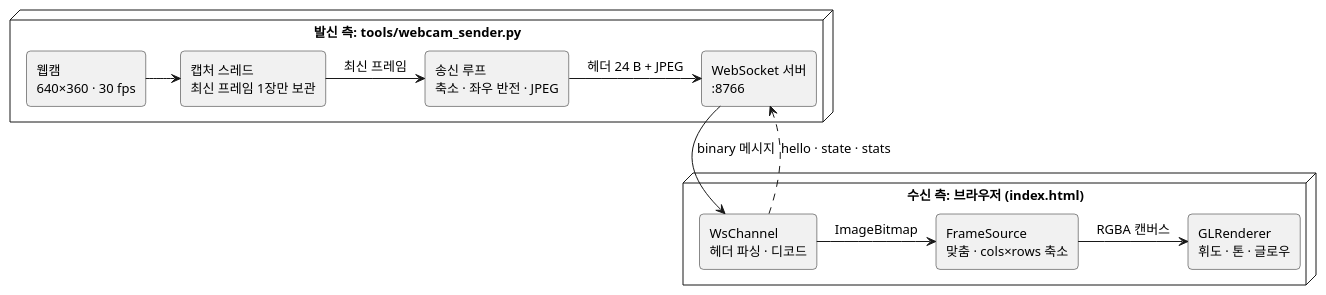
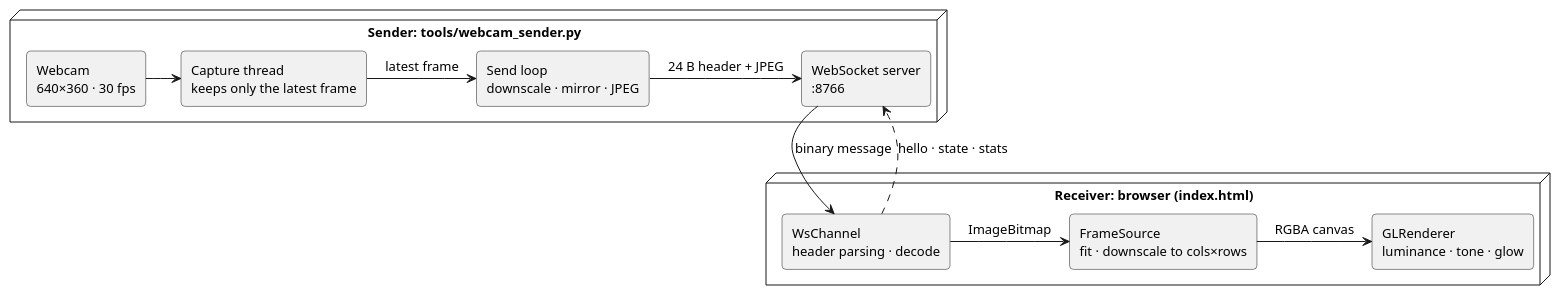
Before and after one commit to jujuroa/ledboard: the first of 2 diagrams in docs/webcam-testbed.md, drawn with PlantUML. The commit also changed other lines of this file and 7 other files, not shown here.

````diff
--- a/docs/webcam-testbed.md
+++ b/docs/webcam-testbed.md
@@ -22,33 +24,33 @@
 ```plantuml
 @startuml
 skinparam backgroundColor #FFFFFF
 skinparam shadowing false
 skinparam defaultFontName "Malgun Gothic"
 skinparam defaultFontSize 13
 skinparam roundCorner 8
 skinparam nodesep 35
 skinparam ranksep 40
 skinparam componentStyle rectangle
 
-node "발신 측: tools/webcam_sender.py" {
-  [웹캠\n640×360 · 30 fps] as Cam
-  [캡처 스레드\n최신 프레임 1장만 보관] as Cap
-  [송신 루프\n축소 · 좌우 반전 · JPEG] as Enc
-  [WebSocket 서버\n:8766] as Srv
+node "Sender: tools/webcam_sender.py" {
+  [Webcam\n640×360 · 30 fps] as Cam
+  [Capture thread\nkeeps only the latest frame] as Cap
+  [Send loop\ndownscale · mirror · JPEG] as Enc
+  [WebSocket server\n:8766] as Srv
 }
 
-node "수신 측: 브라우저 (index.html)" {
-  [WsChannel\n헤더 파싱 · 디코드] as Ch
-  [FrameSource\n맞춤 · cols×rows 축소] as FS
-  [GLRenderer\n휘도 · 톤 · 글로우] as R
+node "Receiver: browser (index.html)" {
+  [WsChannel\nheader parsing · decode] as Ch
+  [FrameSource\nfit · downscale to cols×rows] as FS
+  [GLRenderer\nluminance · tone · glow] as R
 }
 
 Cam -right-> Cap
-Cap -right-> Enc : 최신 프레임
-Enc -right-> Srv : 헤더 24 B + JPEG
-Srv --> Ch : binary 메시지
+Cap -right-> Enc : latest frame
+Enc -right-> Srv : 24 B header + JPEG
+Srv --> Ch : binary message
 Ch ..> Srv : hello · state · stats
 Ch -right-> FS : ImageBitmap
-FS -right-> R : RGBA 캔버스
+FS -right-> R : RGBA canvas
 @enduml
 ```
````
